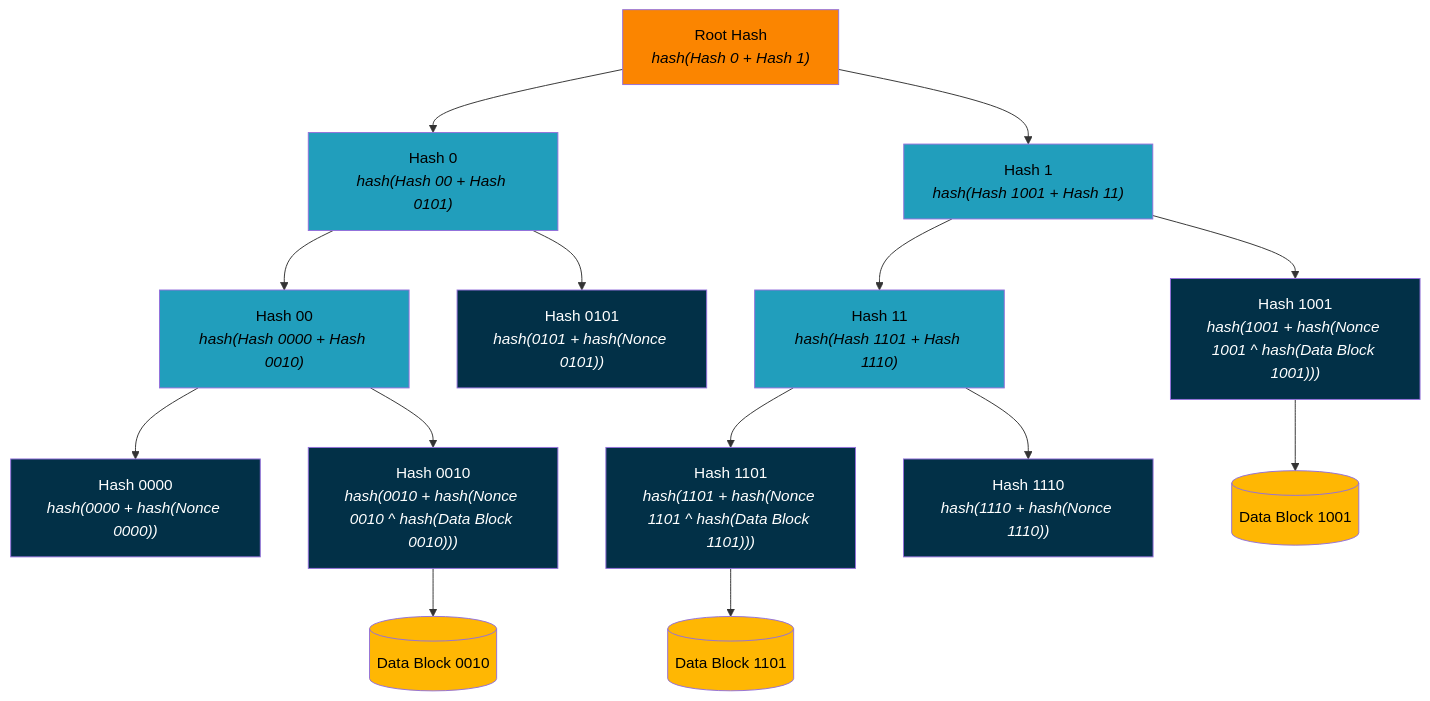
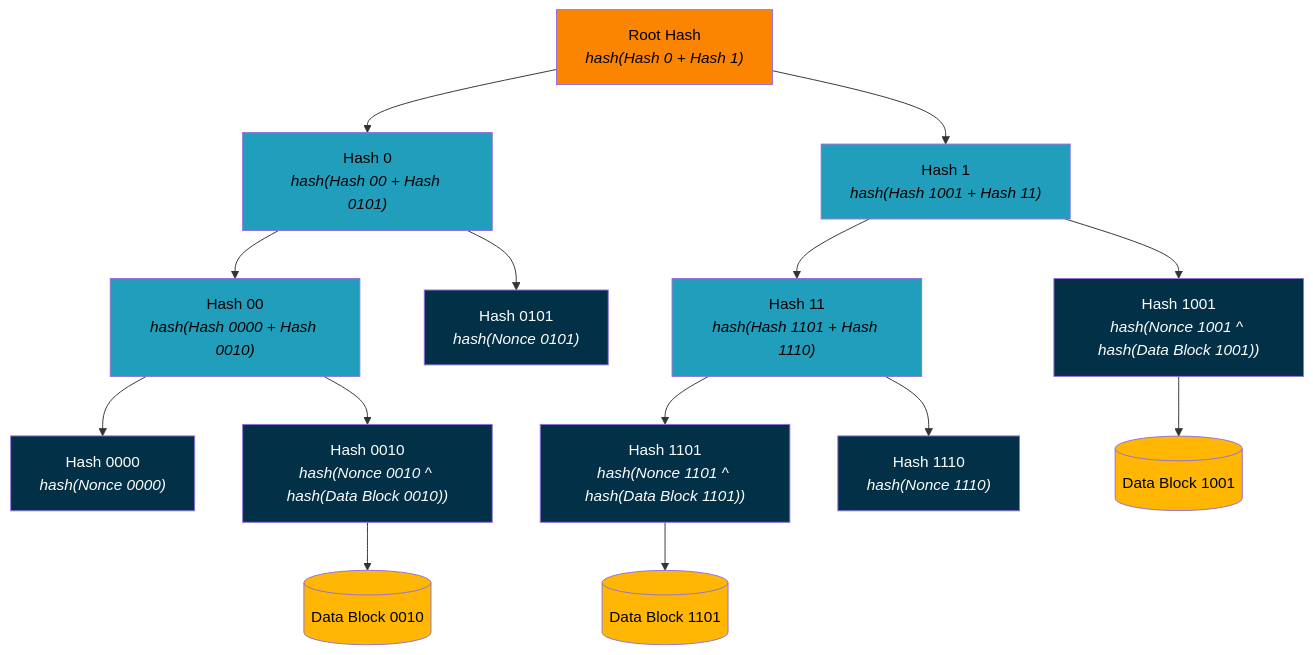
The fourth of 4 diagrams in chapters/Appendix-SMT.md (dcdpr/did-btc1), drawn with Mermaid before and after one commit. The commit also changed other lines of this file, not shown here.

````diff
--- a/chapters/Appendix-SMT.md
+++ b/chapters/Appendix-SMT.md
@@ -346,39 +380,39 @@
 ```mermaid
 flowchart TD
     classDef rootHash color:#000000,fill:#fb8500
     classDef nodeHash color:#000000,fill:#219ebc
     classDef leafHash color:#ffffff,fill:#023047
     classDef dataBlock color:#000000,fill:#ffb703
 
     RootHash["`Root Hash
     *hash(Hash 0 + Hash 1)*`"]:::rootHash
 
     RootHash --> Hash0["`Hash 0
     *hash(Hash 00 + Hash 0101)*`"]:::nodeHash
     RootHash --> Hash1["`Hash 1
     *hash(Hash 1001 + Hash 11)*`"]:::nodeHash
 
     Hash0 --> Hash00["`Hash 00
     *hash(Hash 0000 + Hash 0010)*`"]:::nodeHash
     Hash0 --> Hash0101["`Hash 0101
-    *hash(0101 + hash(Nonce 0101))*`"]:::leafHash
+    *hash(Nonce 0101)*`"]:::leafHash
 
     Hash1 --> Hash1001["`Hash 1001
-    *hash(1001 + hash(Nonce 1001 ^ hash(Data Block 1001)))*`"]:::leafHash
+    *hash(Nonce 1001 ^ hash(Data Block 1001))*`"]:::leafHash
     Hash1 --> Hash11["`Hash 11
     *hash(Hash 1101 + Hash 1110)*`"]:::nodeHash
 
     Hash00 --> Hash0000["`Hash 0000
-    *hash(0000 + hash(Nonce 0000))*`"]:::leafHash
+    *hash(Nonce 0000)*`"]:::leafHash
     Hash00 --> Hash0010["`Hash 0010
-    *hash(0010 + hash(Nonce 0010 ^ hash(Data Block 0010)))*`"]:::leafHash
+    *hash(Nonce 0010 ^ hash(Data Block 0010))*`"]:::leafHash
 
     Hash11 --> Hash1101["`Hash 1101
-    *hash(1101 + hash(Nonce 1101 ^ hash(Data Block 1101)))*`"]:::leafHash
+    *hash(Nonce 1101 ^ hash(Data Block 1101))*`"]:::leafHash
     Hash11 --> Hash1110["`Hash 1110
-    *hash(1110 + hash(Nonce 1110))*`"]:::leafHash
+    *hash(Nonce 1110)*`"]:::leafHash
 
     Hash0010 --> DataBlock0010[("Data Block 0010")]:::dataBlock
     Hash1001 --> DataBlock1001[("Data Block 1001")]:::dataBlock
     Hash1101 --> DataBlock1101[("Data Block 1101")]:::dataBlock
 ```
````
